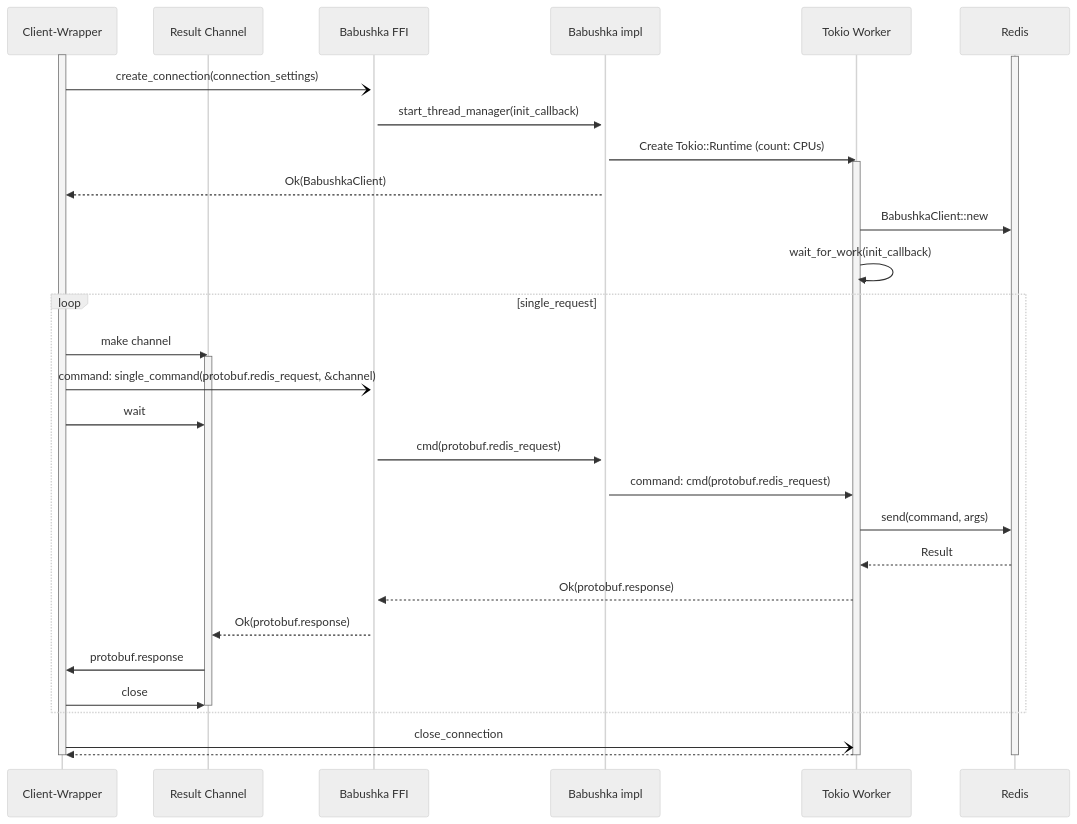
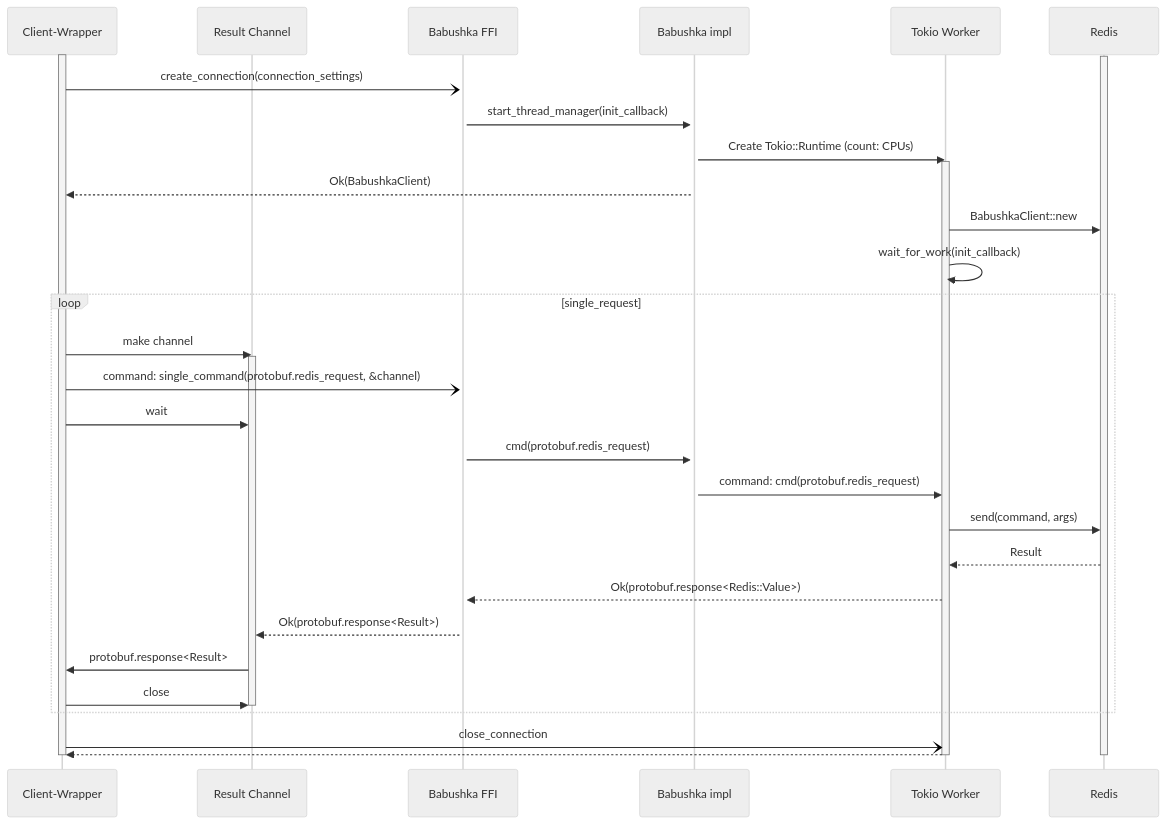
Before and after one commit to Bit-Quill/valkey-glide: the fourth of 4 diagrams in docs/design-raw-ffi.md, drawn with Mermaid (neutral theme). The commit also changed other lines of this file, not shown here.

Commit message:
Add Redis to Java and Go encoding

````diff
--- a/docs/design-raw-ffi.md
+++ b/docs/design-raw-ffi.md
@@ -174,42 +186,42 @@
 ```mermaid
 sequenceDiagram
 
 participant Wrapper as Client-Wrapper
 participant channel as Result Channel 
 participant ffi as Babushka FFI
 participant manager as Babushka impl
 participant worker as Tokio Worker
 participant Client as Redis
 
 activate Wrapper
 activate Client
 Wrapper -)+ ffi: create_connection(connection_settings)
 ffi ->>+ manager: start_thread_manager(init_callback)
     manager ->> worker: Create Tokio::Runtime (count: CPUs)
         activate worker
     manager -->> Wrapper: Ok(BabushkaClient)
         worker ->> Client: BabushkaClient::new
         worker ->> worker: wait_for_work(init_callback)
 
 loop single_request
 Wrapper ->> channel: make channel
     activate channel
 Wrapper -) ffi: command: single_command(protobuf.redis_request, &channel)
 Wrapper ->> channel: wait
     ffi ->> manager: cmd(protobuf.redis_request)
         manager ->> worker: command: cmd(protobuf.redis_request)
             worker ->> Client: send(command, args)
             Client -->> worker: Result
-        worker -->> ffi: Ok(protobuf.response)
-    ffi -->> channel: Ok(protobuf.response)
-channel ->> Wrapper: protobuf.response
+        worker -->> ffi: Ok(protobuf.response<Redis::Value>)
+    ffi -->> channel: Ok(protobuf.response<Result>)
+channel ->> Wrapper: protobuf.response<Result>
 Wrapper ->> channel: close
     deactivate channel
 end
 
 Wrapper -) worker: close_connection
     worker -->> Wrapper: 
     deactivate worker
     deactivate Wrapper
     deactivate Client
 ```
````
